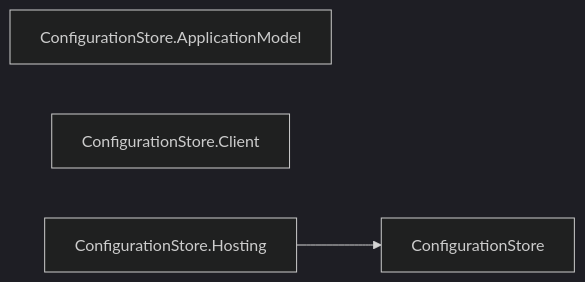
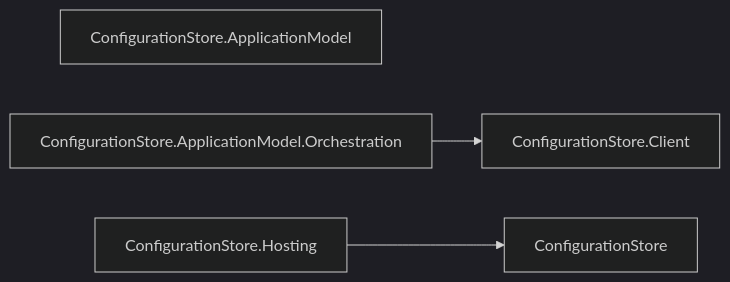
Before and after one commit to assimalign/cohesion: diagram 15 of 29 in docs/DEPENDENCIES.md, drawn with Mermaid (dark theme). The commit also changed other lines of this file and 599 other files, not shown here.

````diff
--- a/docs/DEPENDENCIES.md
+++ b/docs/DEPENDENCIES.md
@@ -649,8 +644,10 @@
 ```mermaid
 flowchart LR
     N0["ConfigurationStore"]
     N1["ConfigurationStore.ApplicationModel"]
-    N2["ConfigurationStore.Client"]
-    N3["ConfigurationStore.Hosting"]
-    N3 --> N0
+    N2["ConfigurationStore.ApplicationModel.Orchestration"]
+    N3["ConfigurationStore.Client"]
+    N4["ConfigurationStore.Hosting"]
+    N2 --> N3
+    N4 --> N0
 ```
````
